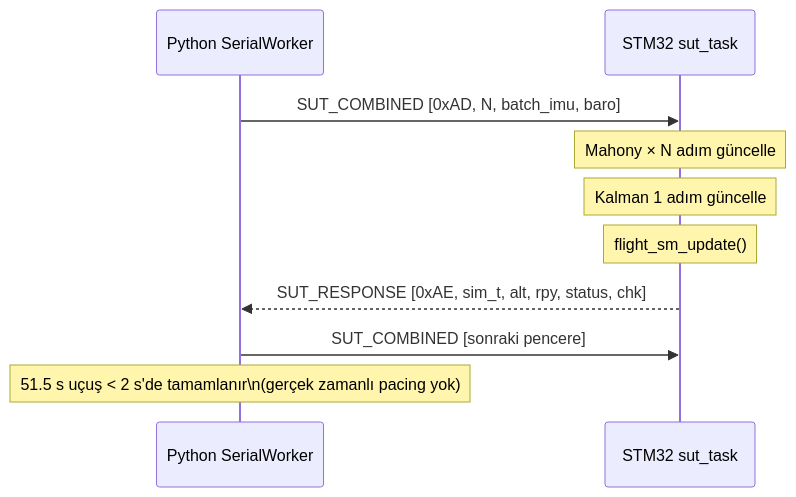
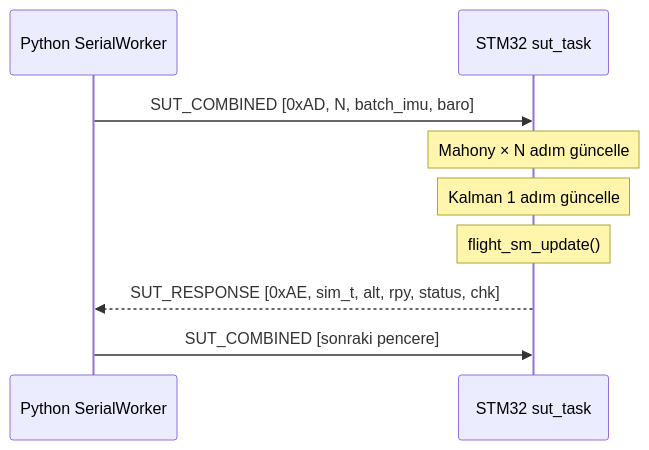
One commit to halilsrky/FreeRocket changed the second of 2 diagrams in Report Latex/sekiller/SUT_SistemMimarisi.md. Above: the diagram before and after it, drawn with Mermaid. The commit also changed other lines of this file and 2 other files, not shown here.

Commit message:
diagramlar düzenlendi

````diff
--- a/Report Latex/sekiller/SUT_SistemMimarisi.md
+++ b/Report Latex/sekiller/SUT_SistemMimarisi.md
@@ -69,13 +56,12 @@
 ```mermaid
 sequenceDiagram
     participant PY as Python SerialWorker
     participant STM as STM32 sut_task
 
     PY->>STM: SUT_COMBINED [0xAD, N, batch_imu, baro]
     Note over STM: Mahony × N adım güncelle
     Note over STM: Kalman 1 adım güncelle
     Note over STM: flight_sm_update()
     STM-->>PY: SUT_RESPONSE [0xAE, sim_t, alt, rpy, status, chk]
     PY->>STM: SUT_COMBINED [sonraki pencere]
-    Note over PY: 51.5 s uçuş < 2 s'de tamamlanır\n(gerçek zamanlı pacing yok)
 ```
````
